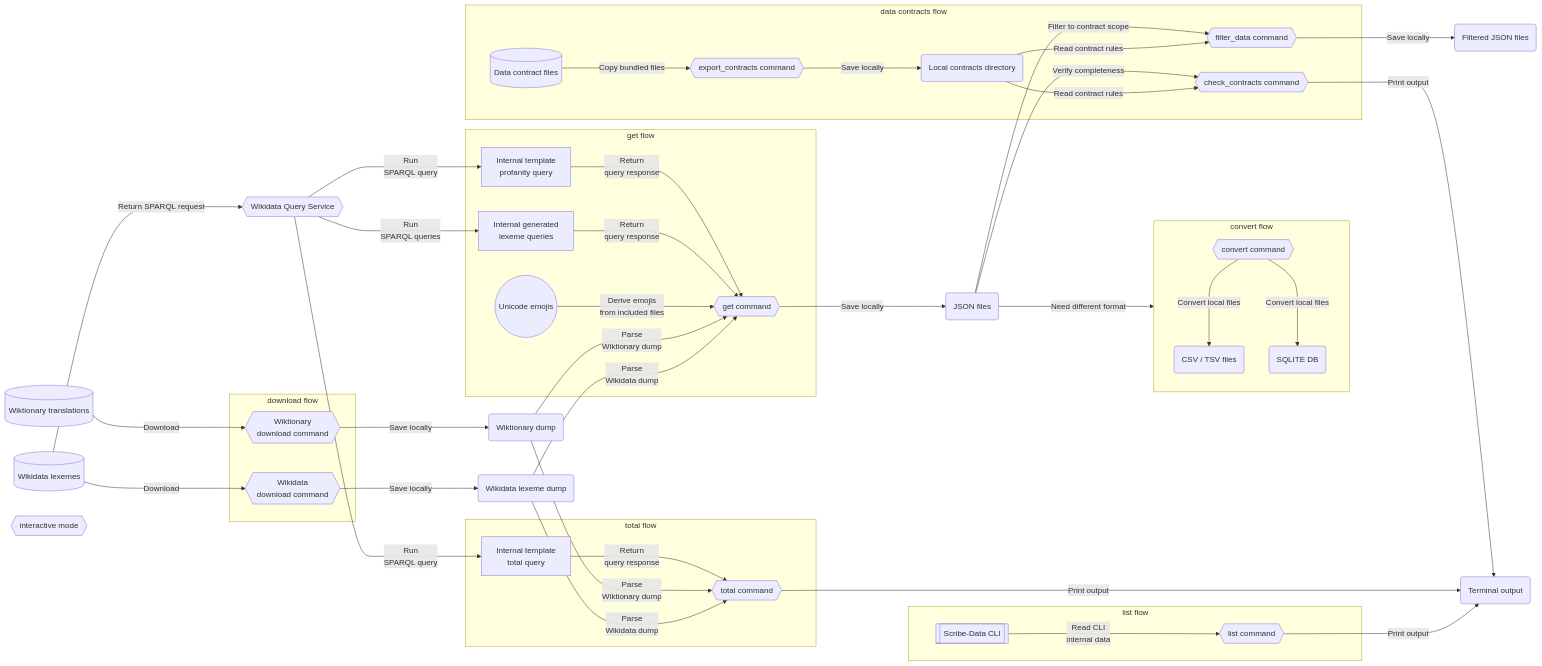
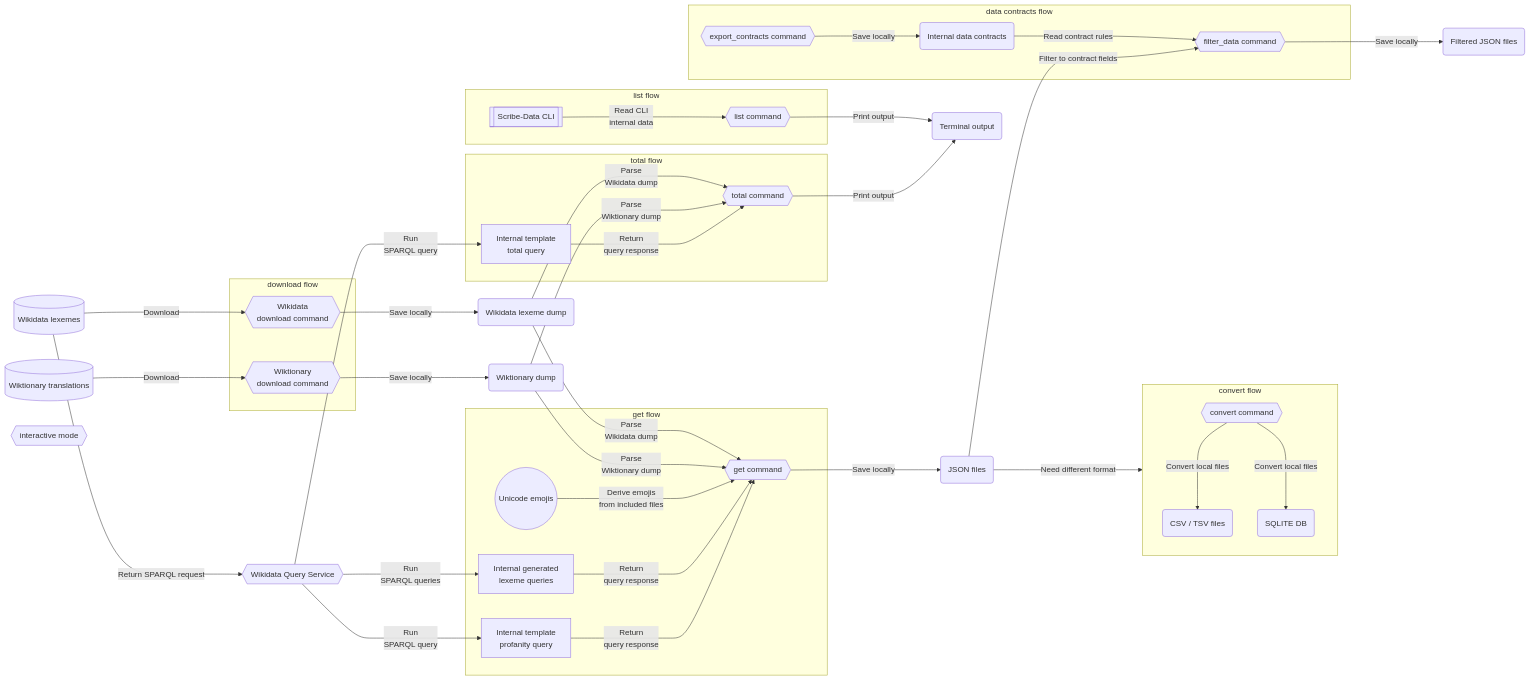
The diagram in ARCHITECTURE.md (haasham1/Scribe-Data), drawn with Mermaid before and after one commit. The commit also changed other lines of this file and 1298 other files, not shown here.

Commit message:
Update architecture diagram and changelog

````diff
--- a/ARCHITECTURE.md
+++ b/ARCHITECTURE.md
@@ -17,6 +17,7 @@
     LEXEME_QUERIES[Internal generated\nlexeme queries]
     PROFANITY_QUERY[Internal template\nprofanity query]
     TOTAL_QUERY[Internal template\ntotal query]
+    CONTRACTS(Internal data contracts)
 
     %% Data sources
 
@@ -28,6 +29,7 @@
     %% Outputs
 
     JSON(JSON files)
+    FILTJSON(Filtered JSON files)
     CTSV(CSV / TSV files)
     SQLITE(SQLITE DB)
     TERM(Terminal output)
@@ -44,14 +46,7 @@
     CONV{{convert command}}
     INT{{interactive mode}}
     EXPORTC{{export_contracts command}}
-    CHECKC{{check_contracts command}}
     FILTERC{{filter_data command}}
-
-    %% Data contracts
-
-    CONTRACTS[(Data contract files)]
-    CDIR(Local contracts directory)
-    FILTJSON(Filtered JSON files)
 
     %% General flow
 
@@ -78,13 +73,9 @@
     LIST ---> |Print output| TERM
     TOT ---> |Print output| TERM
 
-    CONTRACTS ---> |Copy bundled files| EXPORTC
-    EXPORTC ---> |Save locally| CDIR
-    CDIR ---> |Read contract rules| CHECKC
-    JSON ---> |Verify completeness| CHECKC
-    CHECKC ---> |Print output| TERM
-    CDIR ---> |Read contract rules| FILTERC
-    JSON ---> |Filter to contract scope| FILTERC
+    EXPORTC ---> |Save locally| CONTRACTS
+    CONTRACTS ---> |Read contract rules| FILTERC
+    JSON ---> |Filter to contract fields| FILTERC
     FILTERC ---> |Save locally| FILTJSON
 
     %% Subgraphs
@@ -114,10 +105,8 @@
     end
 
     subgraph CONTRACTS_FLOW [data contracts flow]
+    EXPORTC
+    FILTERC
     CONTRACTS
-    EXPORTC
-    CHECKC
-    FILTERC
-    CDIR
     end
 ```
````
